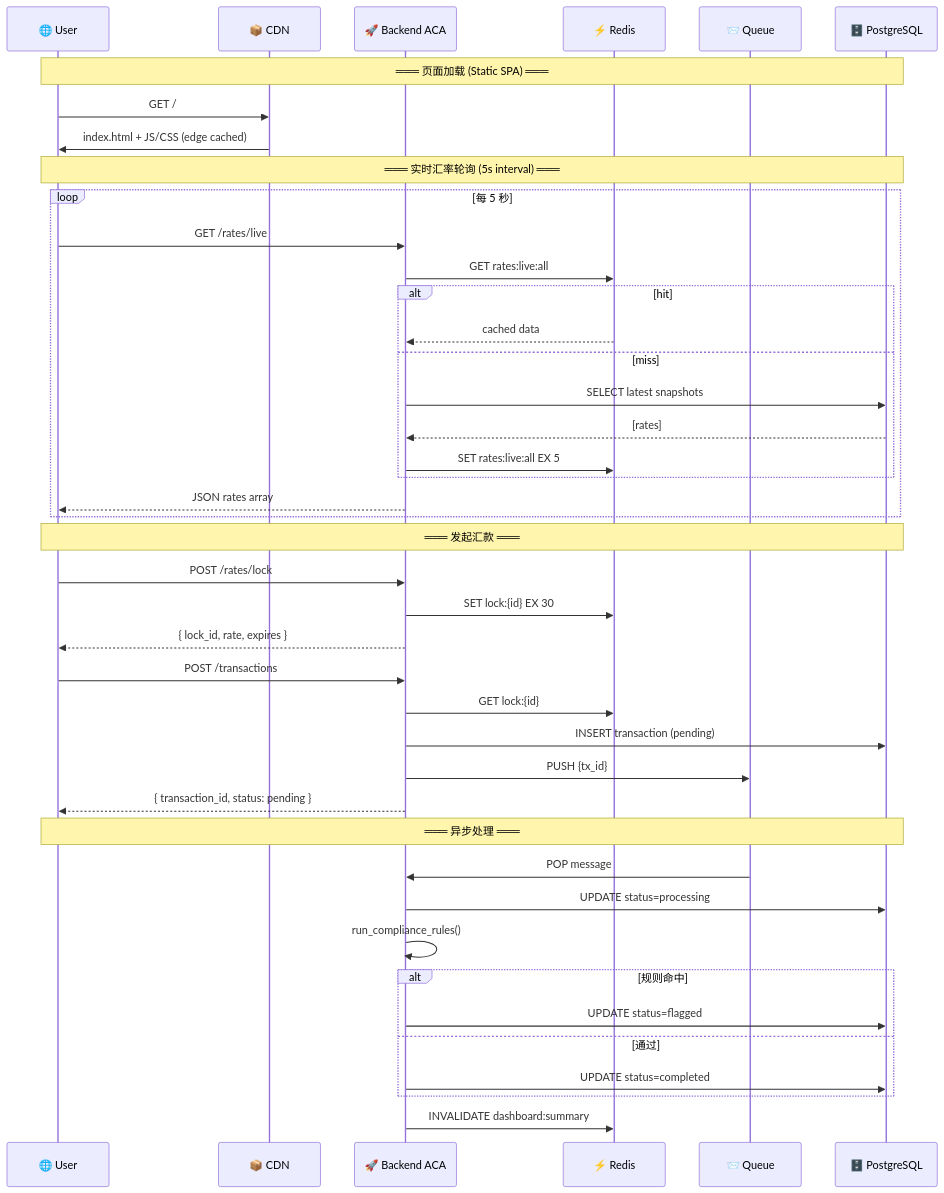
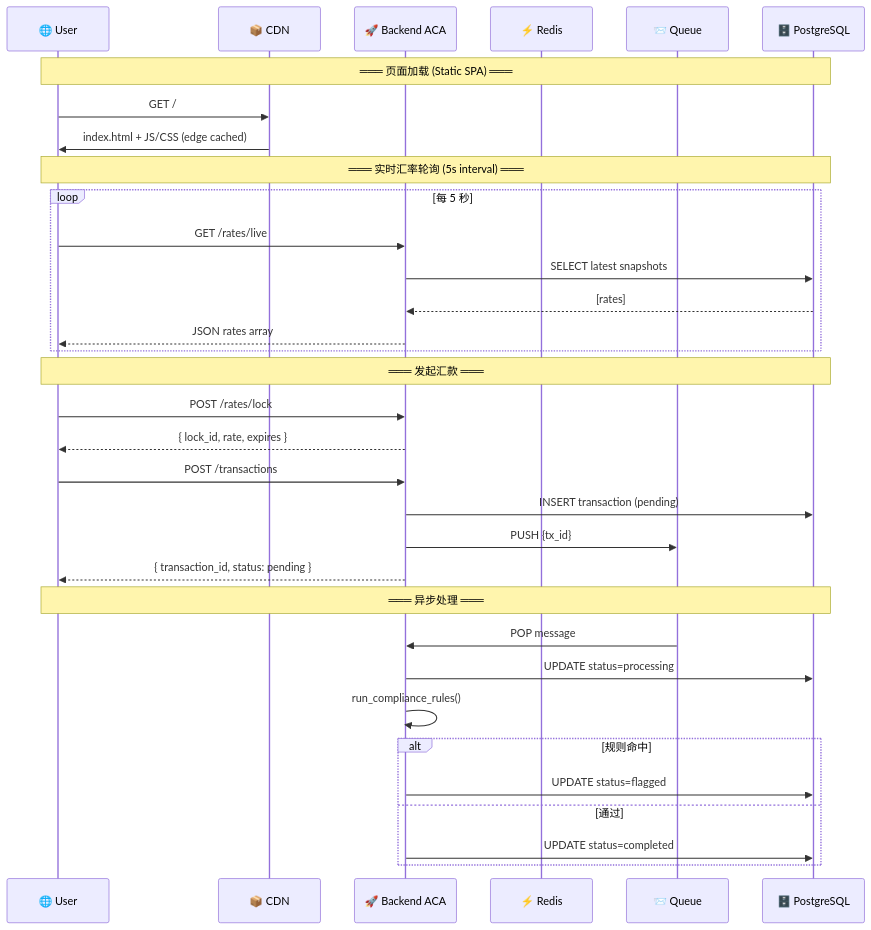
The third of 4 diagrams in documentation/Azure-Cloud-Architecture.md (miku-wwl/full-stack-fastapi-template), drawn with Mermaid before and after one commit. The commit also changed other lines of this file and 5 other files, not shown here.

````diff
--- a/documentation/Azure-Cloud-Architecture.md
+++ b/documentation/Azure-Cloud-Architecture.md
@@ -624,49 +566,40 @@
 ```mermaid
 sequenceDiagram
     participant U as 🌐 User
     participant CDN as 📦 CDN
     participant BE as 🚀 Backend ACA
     participant R as ⚡ Redis
     participant Q as 📨 Queue
     participant DB as 🗄️ PostgreSQL
 
     Note over U,DB: ═══ 页面加载 (Static SPA) ═══
     U->>CDN: GET /
     CDN->>U: index.html + JS/CSS (edge cached)
 
     Note over U,DB: ═══ 实时汇率轮询 (5s interval) ═══
     loop 每 5 秒
         U->>BE: GET /rates/live
-        BE->>R: GET rates:live:all
-        alt hit
-            R-->>BE: cached data
-        else miss
-            BE->>DB: SELECT latest snapshots
-            DB-->>BE: [rates]
-            BE->>R: SET rates:live:all EX 5
-        end
+        BE->>DB: SELECT latest snapshots
+        DB-->>BE: [rates]
         BE-->>U: JSON rates array
     end
 
     Note over U,DB: ═══ 发起汇款 ═══
     U->>BE: POST /rates/lock
-    BE->>R: SET lock:{id} EX 30
     BE-->>U: { lock_id, rate, expires }
 
     U->>BE: POST /transactions
-    BE->>R: GET lock:{id}
     BE->>DB: INSERT transaction (pending)
     BE->>Q: PUSH {tx_id}
     BE-->>U: { transaction_id, status: pending }
 
     Note over U,DB: ═══ 异步处理 ═══
     Q->>BE: POP message
     BE->>DB: UPDATE status=processing
     BE->>BE: run_compliance_rules()
     alt 规则命中
         BE->>DB: UPDATE status=flagged
     else 通过
         BE->>DB: UPDATE status=completed
     end
-    BE->>R: INVALIDATE dashboard:summary
 ```
````
